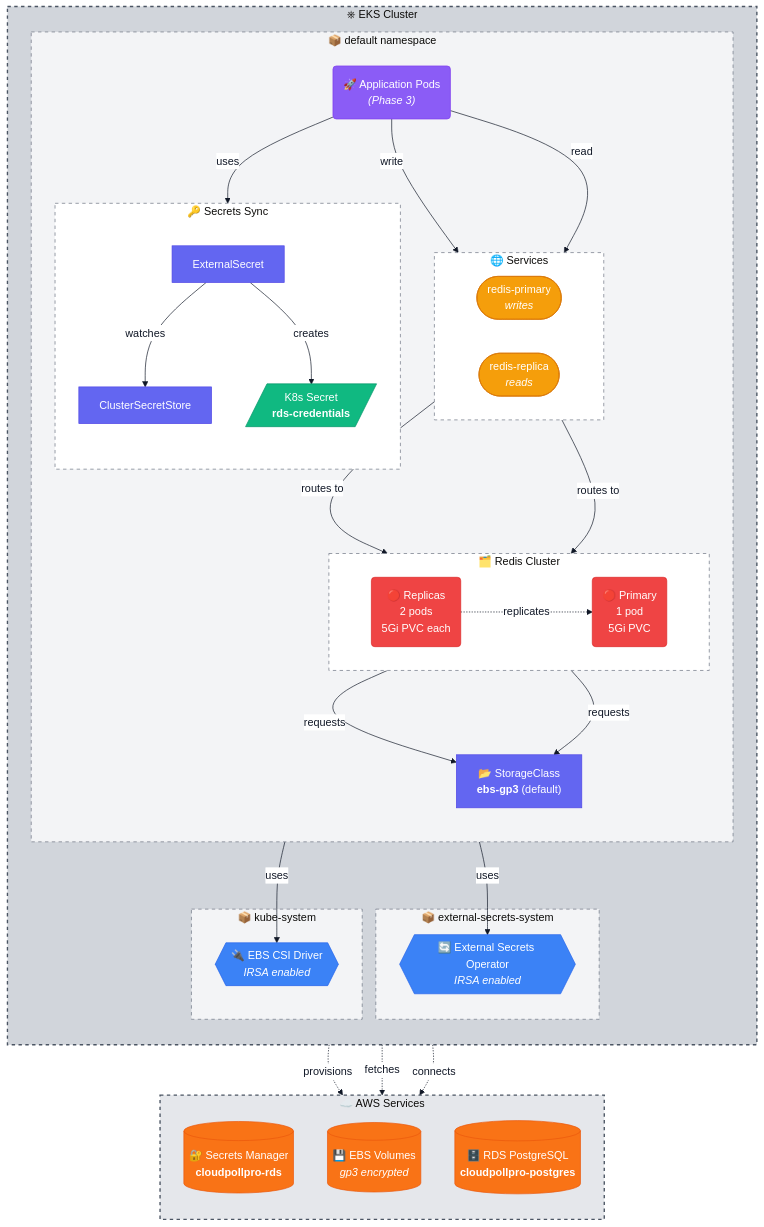
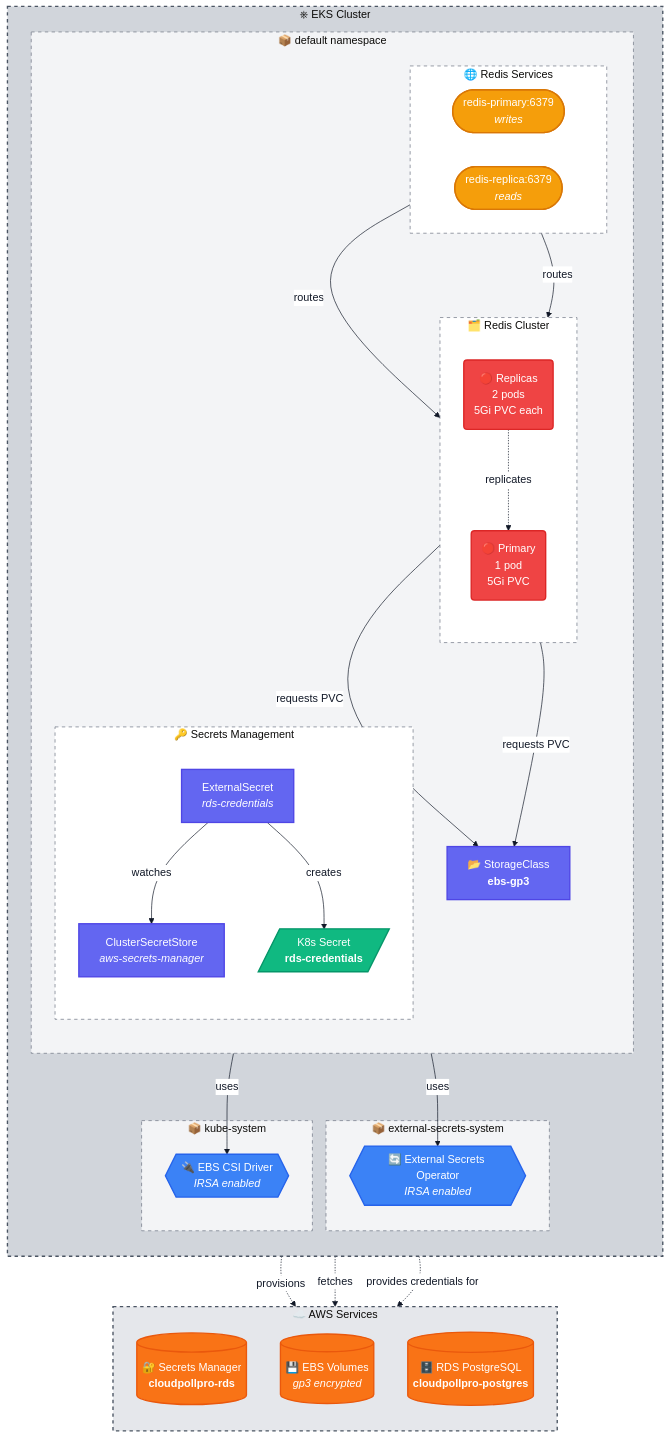
Before and after one commit to aviyadeveloper/cloudpollpro: the first of 2 diagrams in k8s/README.md, drawn with Mermaid. The commit also changed other lines of this file and 4 other files, not shown here.

````diff
--- a/k8s/README.md
+++ b/k8s/README.md
@@ -28,66 +49,58 @@
         subgraph NS3["📦 default namespace"]
             direction TB
             
-            SC["📂 StorageClass<br/><b>ebs-gp3</b> (default)"]
+            SC["📂 StorageClass<br/><b>ebs-gp3</b>"]
             
             subgraph REDIS["🗂️ Redis Cluster"]
-                direction LR
+                direction TB
                 RP("🔴 Primary<br/>1 pod<br/>5Gi PVC")
                 RR("🔴 Replicas<br/>2 pods<br/>5Gi PVC each")
+                RR -.->|replicates| RP
             end
             
-            subgraph SVC["🌐 Services"]
+            subgraph REDISSVC["🌐 Redis Services"]
                 direction LR
-                SvcP(["redis-primary<br/><i>writes</i>"])
-                SvcR(["redis-replica<br/><i>reads</i>"])
+                SvcP(["redis-primary:6379<br/><i>writes</i>"])
+                SvcR(["redis-replica:6379<br/><i>reads</i>"])
             end
             
-            subgraph SEC["🔑 Secrets Sync"]
+            subgraph SEC["🔑 Secrets Management"]
                 direction TB
-                CSS["ClusterSecretStore"]
-                ES["ExternalSecret"]
+                CSS["ClusterSecretStore<br/><i>aws-secrets-manager</i>"]
+                ES["ExternalSecret<br/><i>rds-credentials</i>"]
                 K8S_SEC[/"K8s Secret<br/><b>rds-credentials</b>"/]
             end
-            
-            APP("🚀 Application Pods<br/><i>(Phase 3)</i>")
         end
     end
 
-    %% AWS to K8s Infrastructure
+    %% AWS to K8s infrastructure
     CSI -.->|provisions| EBS
     ESO -.->|fetches| SM
     
     %% Storage flow
     SC -->|uses| CSI
-    RP -->|requests| SC
-    RR -->|requests| SC
+    RP -->|requests PVC| SC
+    RR -->|requests PVC| SC
     
-    %% Redis replication
-    RR -.->|replicates| RP
+    %% Redis services
+    SvcP -->|routes| RP
+    SvcR -->|routes| RR
     
-    %% Services routing
-    SvcP -->|routes to| RP
-    SvcR -->|routes to| RR
+    %% Secrets sync flow
+    CSS -->|uses| ESO
+    ES -->|watches| CSS
+    ES -->|creates| K8S_SEC
     
-    %% Secrets flow
-    CSS -->|uses| ESO
-    ES -->|creates| K8S_SEC
-    ES -->|watches| CSS
-    
-    %% Application connections
-    APP -->|write| SvcP
-    APP -->|read| SvcR
-    APP -->|uses| K8S_SEC
-    APP -.->|connects| RDS
+    %% RDS connection available
+    K8S_SEC -.->|provides credentials for| RDS
 
-    %% Styling (Material Design 3 color palette)
-    classDef awsStyle fill:#F97316,stroke:#EA580C,stroke-width:1px,color:#fff
-    classDef operatorStyle fill:#3B82F6,stroke:#2563EB,stroke-width:1px,color:#fff
-    classDef workloadStyle fill:#EF4444,stroke:#DC2626,stroke-width:1px,color:#fff
-    classDef serviceStyle fill:#F59E0B,stroke:#D97706,stroke-width:1px,color:#fff
-    classDef secretStyle fill:#10B981,stroke:#059669,stroke-width:1px,color:#fff
-    classDef configStyle fill:#6366F1,stroke:#4F46E5,stroke-width:1px,color:#fff
-    classDef appStyle fill:#8B5CF6,stroke:#7C3AED,stroke-width:1px,color:#fff
+    %% Styling
+    classDef awsStyle fill:#F97316,stroke:#EA580C,stroke-width:2px,color:#fff
+    classDef operatorStyle fill:#3B82F6,stroke:#2563EB,stroke-width:2px,color:#fff
+    classDef workloadStyle fill:#EF4444,stroke:#DC2626,stroke-width:2px,color:#fff
+    classDef serviceStyle fill:#F59E0B,stroke:#D97706,stroke-width:2px,color:#fff
+    classDef secretStyle fill:#10B981,stroke:#059669,stroke-width:2px,color:#fff
+    classDef configStyle fill:#6366F1,stroke:#4F46E5,stroke-width:2px,color:#fff
     
     class SM,EBS,RDS awsStyle
     class CSI,ESO operatorStyle
@@ -95,15 +108,13 @@
     class SvcP,SvcR serviceStyle
     class K8S_SEC secretStyle
     class SC,CSS,ES configStyle
-    class APP appStyle
     
-    %% Subgraph styling with more contrast
     style AWS fill:#e5e7eb,stroke:#4b5563,stroke-width:2px,stroke-dasharray: 5 5
     style K8S fill:#d1d5db,stroke:#4b5563,stroke-width:2px,stroke-dasharray: 5 5
     style NS1 fill:#f3f4f6,stroke:#6b7280,stroke-width:1px,stroke-dasharray: 5 5
     style NS2 fill:#f3f4f6,stroke:#6b7280,stroke-width:1px,stroke-dasharray: 5 5
     style NS3 fill:#f3f4f6,stroke:#6b7280,stroke-width:1px,stroke-dasharray: 5 5
     style REDIS fill:#ffffff,stroke:#6b7280,stroke-width:1px,stroke-dasharray: 5 5
-    style SVC fill:#ffffff,stroke:#6b7280,stroke-width:1px,stroke-dasharray: 5 5
+    style REDISSVC fill:#ffffff,stroke:#6b7280,stroke-width:1px,stroke-dasharray: 5 5
     style SEC fill:#ffffff,stroke:#6b7280,stroke-width:1px,stroke-dasharray: 5 5
 ```
````
